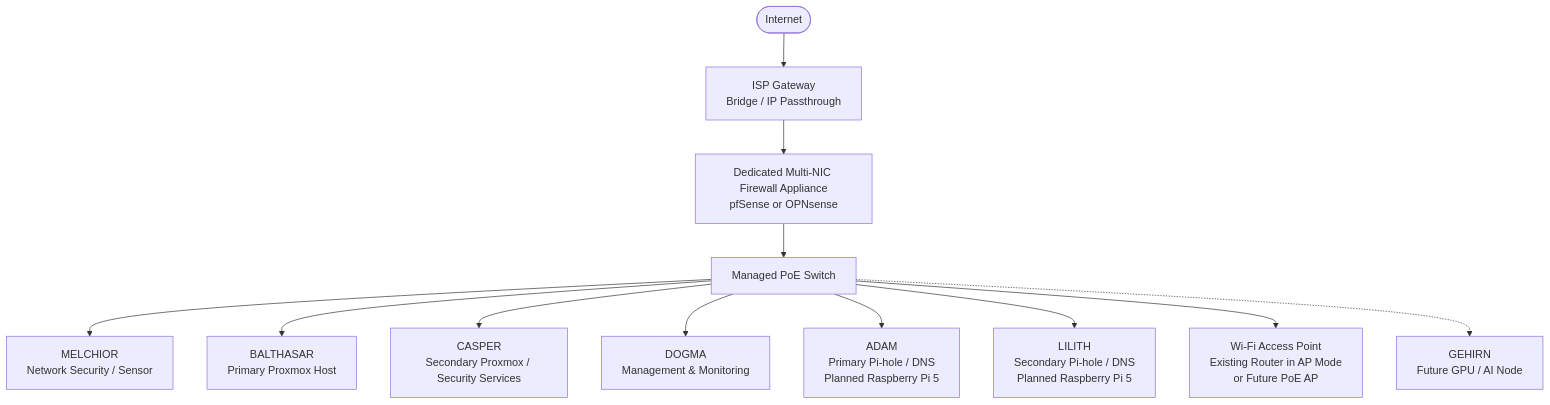
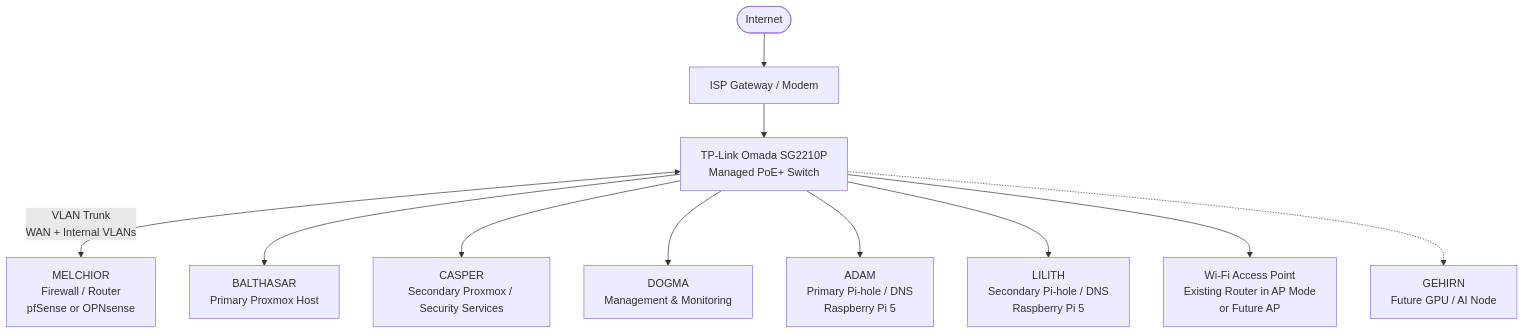
Before and after one commit to dailycrocs/magi-infrastructure: the diagram in docs/hardware/initial-architecture.md, drawn with Mermaid. The commit also changed other lines of this file, not shown here.

Commit message:
Update MAGI architecture for finalized firewall design

````diff
--- a/docs/hardware/initial-architecture.md
+++ b/docs/hardware/initial-architecture.md
@@ -7,39 +12,37 @@
 ```mermaid
 flowchart TB
     INTERNET([Internet])
 
-    ISP["ISP Gateway<br/>Bridge / IP Passthrough"]
+    ISP["ISP Gateway / Modem"]
 
-    FIREWALL["Dedicated Multi-NIC Firewall Appliance<br/>pfSense or OPNsense"]
+    SWITCH["TP-Link Omada SG2210P<br/>Managed PoE+ Switch"]
 
-    SWITCH["Managed PoE Switch"]
-
-    MELCHIOR["MELCHIOR<br/>Network Security / Sensor"]
+    MELCHIOR["MELCHIOR<br/>Firewall / Router<br/>pfSense or OPNsense"]
 
     BALTHASAR["BALTHASAR<br/>Primary Proxmox Host"]
 
     CASPER["CASPER<br/>Secondary Proxmox / Security Services"]
 
     DOGMA["DOGMA<br/>Management & Monitoring"]
 
-    ADAM["ADAM<br/>Primary Pi-hole / DNS<br/>Planned Raspberry Pi 5"]
+    ADAM["ADAM<br/>Primary Pi-hole / DNS<br/>Raspberry Pi 5"]
 
-    LILITH["LILITH<br/>Secondary Pi-hole / DNS<br/>Planned Raspberry Pi 5"]
+    LILITH["LILITH<br/>Secondary Pi-hole / DNS<br/>Raspberry Pi 5"]
 
-    WIFI["Wi-Fi Access Point<br/>Existing Router in AP Mode<br/>or Future PoE AP"]
+    WIFI["Wi-Fi Access Point<br/>Existing Router in AP Mode<br/>or Future AP"]
 
     GEHIRN["GEHIRN<br/>Future GPU / AI Node"]
 
     INTERNET --> ISP
-    ISP --> FIREWALL
-    FIREWALL --> SWITCH
+    ISP --> SWITCH
 
-    SWITCH --> MELCHIOR
+    SWITCH <-->|"VLAN Trunk<br/>WAN + Internal VLANs"| MELCHIOR
+
     SWITCH --> BALTHASAR
     SWITCH --> CASPER
     SWITCH --> DOGMA
     SWITCH --> ADAM
     SWITCH --> LILITH
     SWITCH --> WIFI
     SWITCH -.-> GEHIRN
 ```
````
